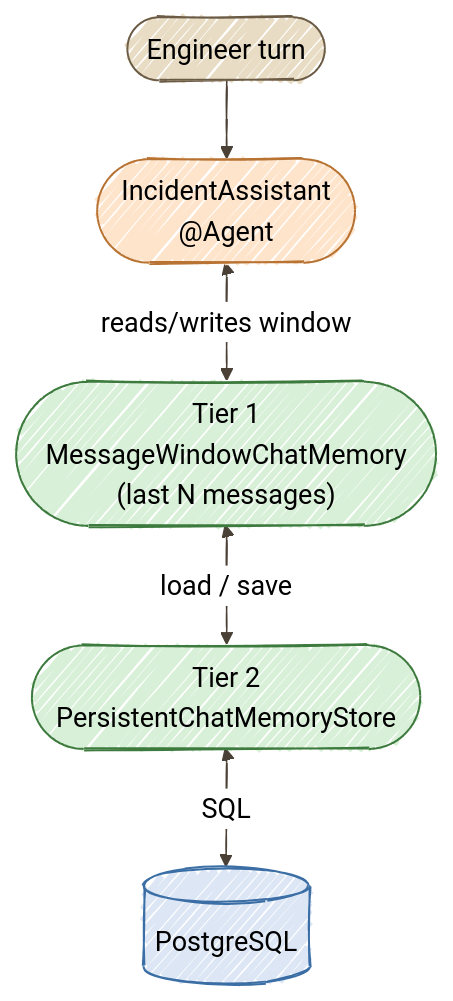
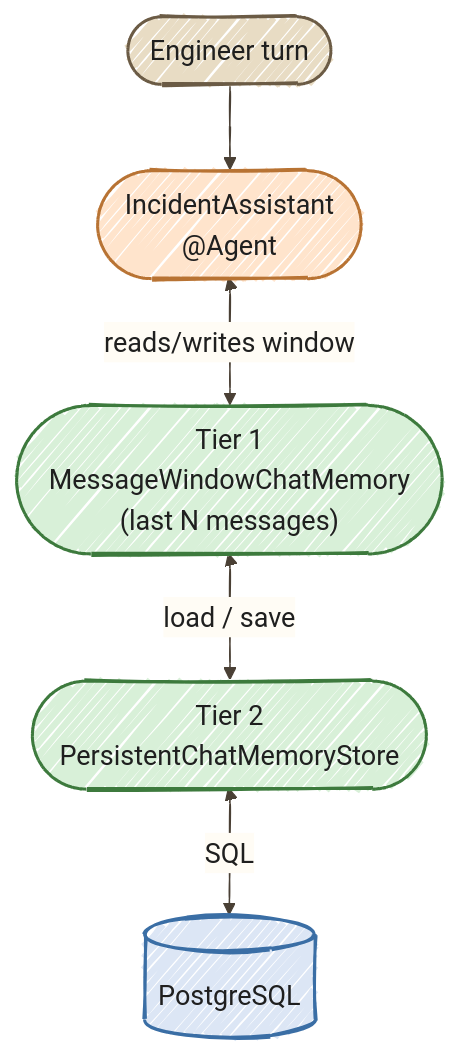
One commit to danieloh30/agentic-ai-java-workshop changed the diagram in docs/10-memory-tiering/START_HERE.md. Above: the diagram before and after it, drawn with Mermaid. The commit also changed 11 other files, not shown here.

Commit message:
Improve hand-drawn Mermaid readability in light and dark modes

````diff
--- a/docs/10-memory-tiering/START_HERE.md
+++ b/docs/10-memory-tiering/START_HERE.md
@@ -44,20 +44,20 @@
 ```mermaid
-%%{init: {'look':'handDrawn','theme':'neutral','themeVariables': {'lineColor':'#4A4035','fontSize':'18px'},'flowchart': {'nodeSpacing':40,'rankSpacing':50,'useMaxWidth':false}}}%%
+%%{init: {'look':'handDrawn','theme':'base','themeVariables': {'darkMode':false,'background':'#FFFCF5','primaryTextColor':'#1F1F1F','secondaryTextColor':'#1F1F1F','tertiaryTextColor':'#1F1F1F','textColor':'#1F1F1F','lineColor':'#4A4035','edgeLabelBackground':'#FFFCF5','clusterBkg':'#F5F5F0','clusterBorder':'#6B5B45','fontSize':'18px'},'flowchart': {'nodeSpacing':40,'rankSpacing':55,'useMaxWidth':false,'padding':18}}}%%
 flowchart TB
     USER(["Engineer turn"])
     AGENT(["IncidentAssistant<br/>@Agent"])
     WIN(["Tier 1<br/>MessageWindowChatMemory<br/>(last N messages)"])
     STORE(["Tier 2<br/>PersistentChatMemoryStore"])
     DB[("PostgreSQL")]
 
     USER --> AGENT
     AGENT <-->|reads/writes window| WIN
     WIN <-->|load / save| STORE
     STORE <-->|SQL| DB
 
-    style USER fill:#E8DCC4,stroke:#6B5B45
-    style AGENT fill:#FFE4CC,stroke:#B87333
-    style WIN fill:#D8F0D8,stroke:#3D7A3D
-    style STORE fill:#D8F0D8,stroke:#3D7A3D
-    style DB fill:#DCE6F5,stroke:#3A6EA5
+    style USER fill:#E8DCC4,stroke:#6B5B45,color:#1F1F1F,stroke-width:2px
+    style AGENT fill:#FFE4CC,stroke:#B87333,color:#1F1F1F,stroke-width:2px
+    style WIN fill:#D8F0D8,stroke:#3D7A3D,color:#1F1F1F,stroke-width:2px
+    style STORE fill:#D8F0D8,stroke:#3D7A3D,color:#1F1F1F,stroke-width:2px
+    style DB fill:#DCE6F5,stroke:#3A6EA5,color:#1F1F1F,stroke-width:2px
 ```
````
